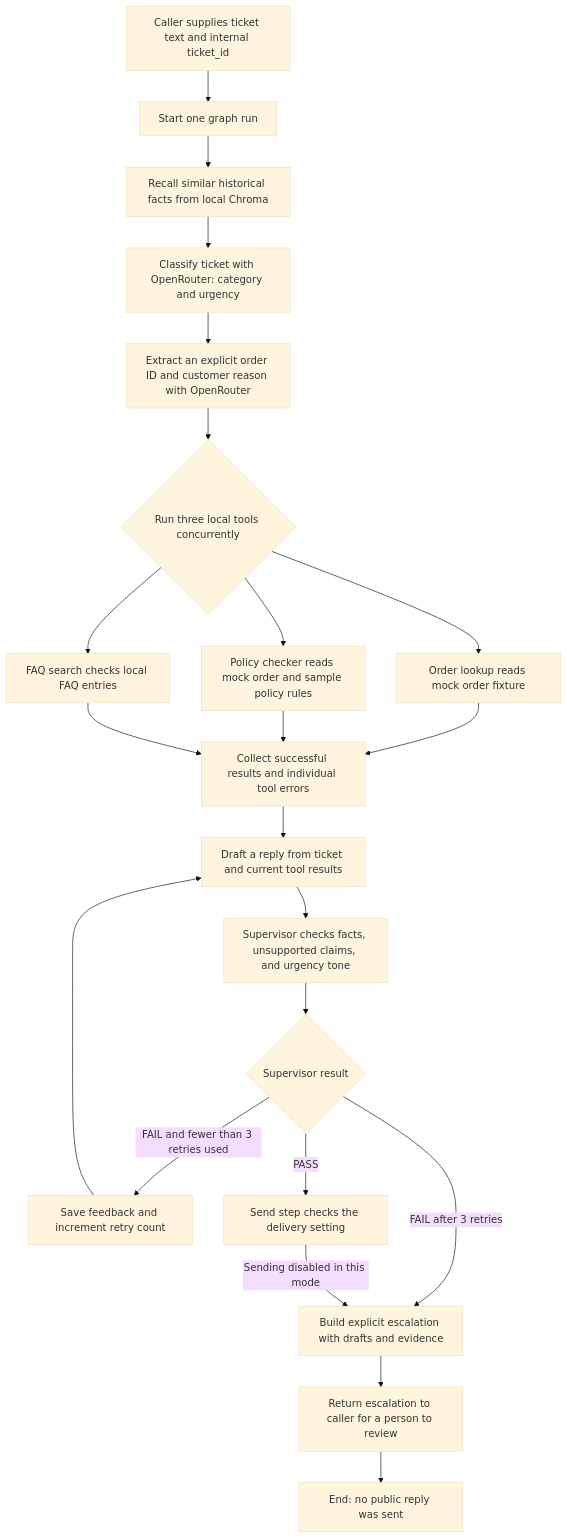
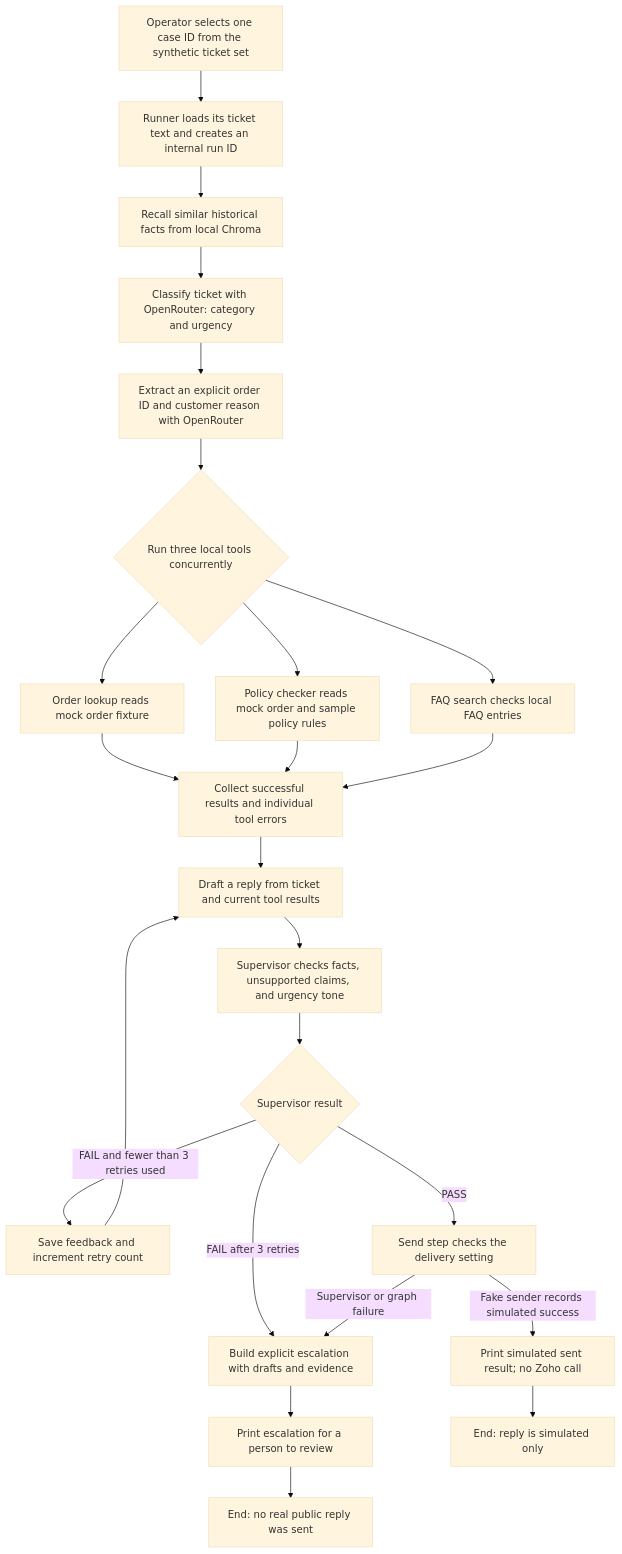
Before and after one commit to brajeshkumar7/Customer-support-ticket-triage-and-draft-response-agent: the first of 3 diagrams in flow.md, drawn with Mermaid (base theme). The commit also changed other lines of this file and 12 other files, not shown here.

First line of the commit message:
feat: add single-ticket synthetic and Zoho workflows

````diff
--- a/flow.md
+++ b/flow.md
@@ -72,24 +77,26 @@
 ```mermaid
 flowchart TD
-    A[Caller supplies ticket text and internal ticket_id] --> B[Start one graph run]
+    A[Operator selects one case ID from the synthetic ticket set] --> B[Runner loads its ticket text and creates an internal run ID]
     B --> C[Recall similar historical facts from local Chroma]
     C --> D[Classify ticket with OpenRouter: category and urgency]
     D --> E[Extract an explicit order ID and customer reason with OpenRouter]
     E --> F{Run three local tools concurrently}
     F --> G[Order lookup reads mock order fixture]
     F --> H[Policy checker reads mock order and sample policy rules]
     F --> I[FAQ search checks local FAQ entries]
     G --> J[Collect successful results and individual tool errors]
     H --> J
     I --> J
     J --> K[Draft a reply from ticket and current tool results]
     K --> L[Supervisor checks facts, unsupported claims, and urgency tone]
     L --> M{Supervisor result}
     M -->|FAIL and fewer than 3 retries used| N[Save feedback and increment retry count]
     N --> K
     M -->|FAIL after 3 retries| Q[Build explicit escalation with drafts and evidence]
     M -->|PASS| R[Send step checks the delivery setting]
-    R -->|Sending disabled in this mode| Q
-    Q --> S[Return escalation to caller for a person to review]
-    S --> T[End: no public reply was sent]
+    R -->|Fake sender records simulated success| U[Print simulated sent result; no Zoho call]
+    R -->|Supervisor or graph failure| Q
+    Q --> S[Print escalation for a person to review]
+    S --> T[End: no real public reply was sent]
+    U --> V[End: reply is simulated only]
 ```
````
